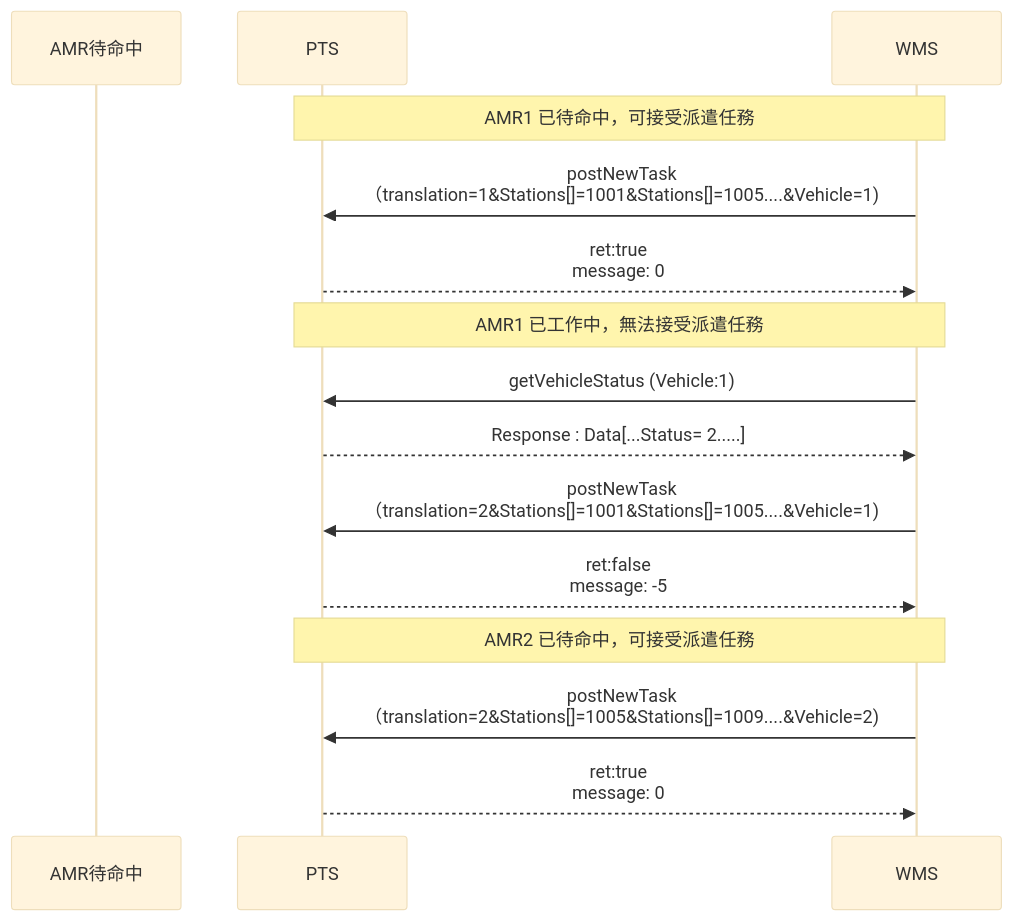
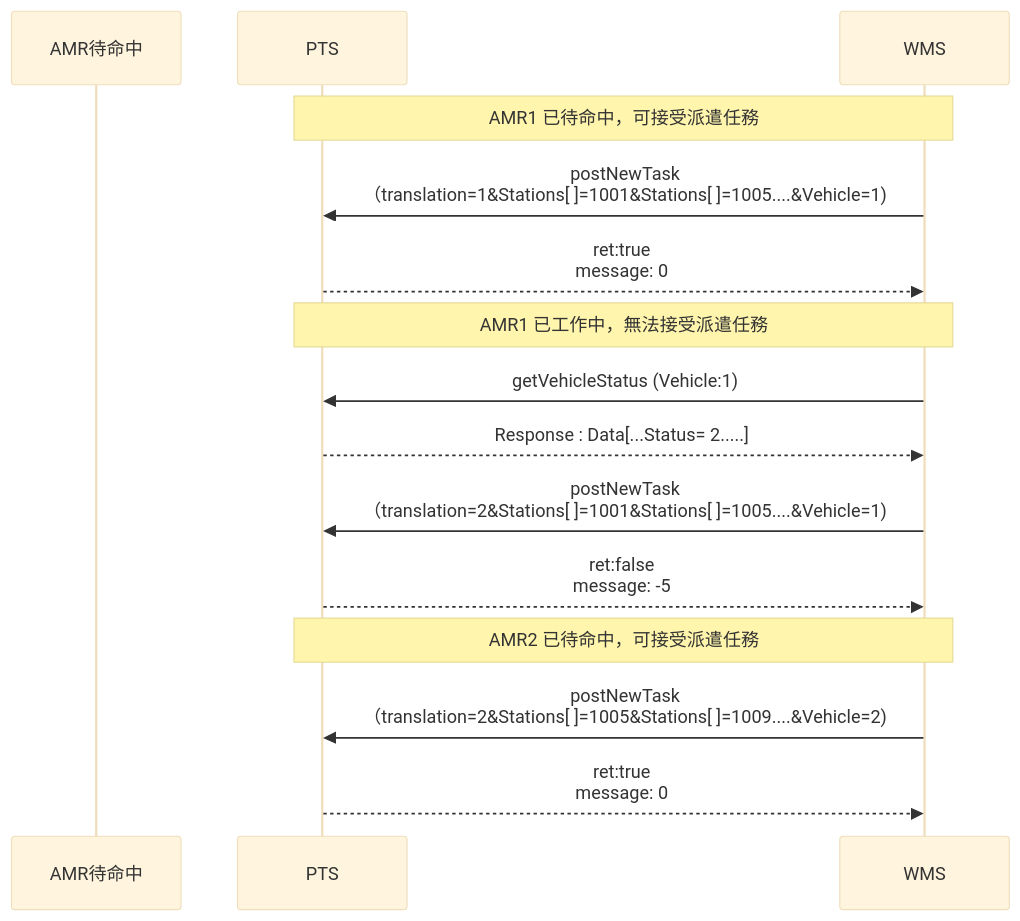
The sixth of 9 diagrams in README.md (athena-tircgo/amr-wms-lsj), drawn with Mermaid (base theme) before and after one commit.

````diff
--- a/README.md
+++ b/README.md
@@ -381,22 +381,22 @@
 ```mermaid
 sequenceDiagram
     participant AMR待命中
     participant PTS
     participant WMS
 
 note over PTS,WMS: AMR1 已待命中，可接受派遣任務
-        WMS->>PTS: postNewTask <br>（translation=1&Stations[]=1001&Stations[]=1005....&Vehicle=1)
+        WMS->>PTS: postNewTask <br>（translation=1&Stations[ ]=1001&Stations[ ]=1005....&Vehicle=1)
         PTS-->>WMS: ret:true <br> message: 0
 
 note over PTS,WMS:  AMR1 已工作中，無法接受派遣任務
         WMS->>PTS:getVehicleStatus (Vehicle:1)
         PTS-->>WMS:Response : Data[...Status= 2.....]
-        WMS->>PTS: postNewTask<br>（translation=2&Stations[]=1001&Stations[]=1005....&Vehicle=1)
+        WMS->>PTS: postNewTask<br>（translation=2&Stations[ ]=1001&Stations[ ]=1005....&Vehicle=1)
         PTS-->>WMS: ret:false <br> message: -5
 
 note over PTS,WMS: AMR2 已待命中，可接受派遣任務
-        WMS->>PTS: postNewTask<br>（translation=2&Stations[]=1005&Stations[]=1009....&Vehicle=2)
+        WMS->>PTS: postNewTask<br>（translation=2&Stations[ ]=1005&Stations[ ]=1009....&Vehicle=2)
         PTS-->>WMS: ret:true  <br> message: 0
 
 
 ```
````
